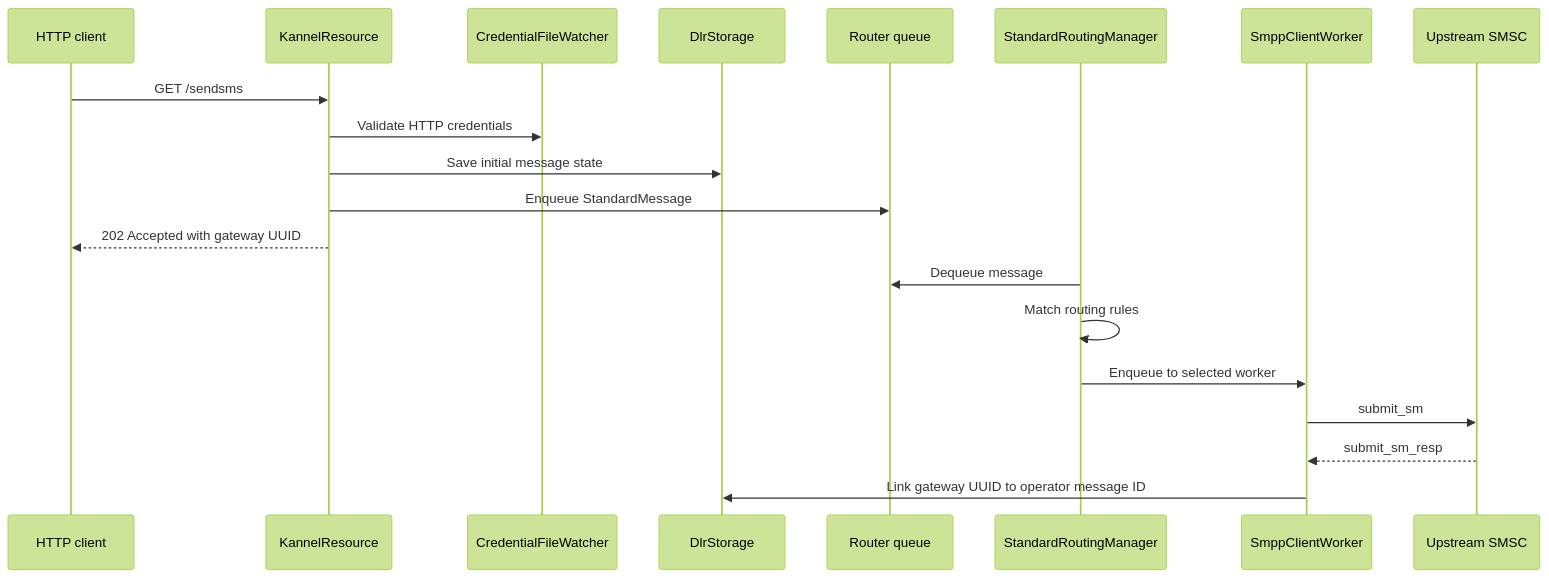
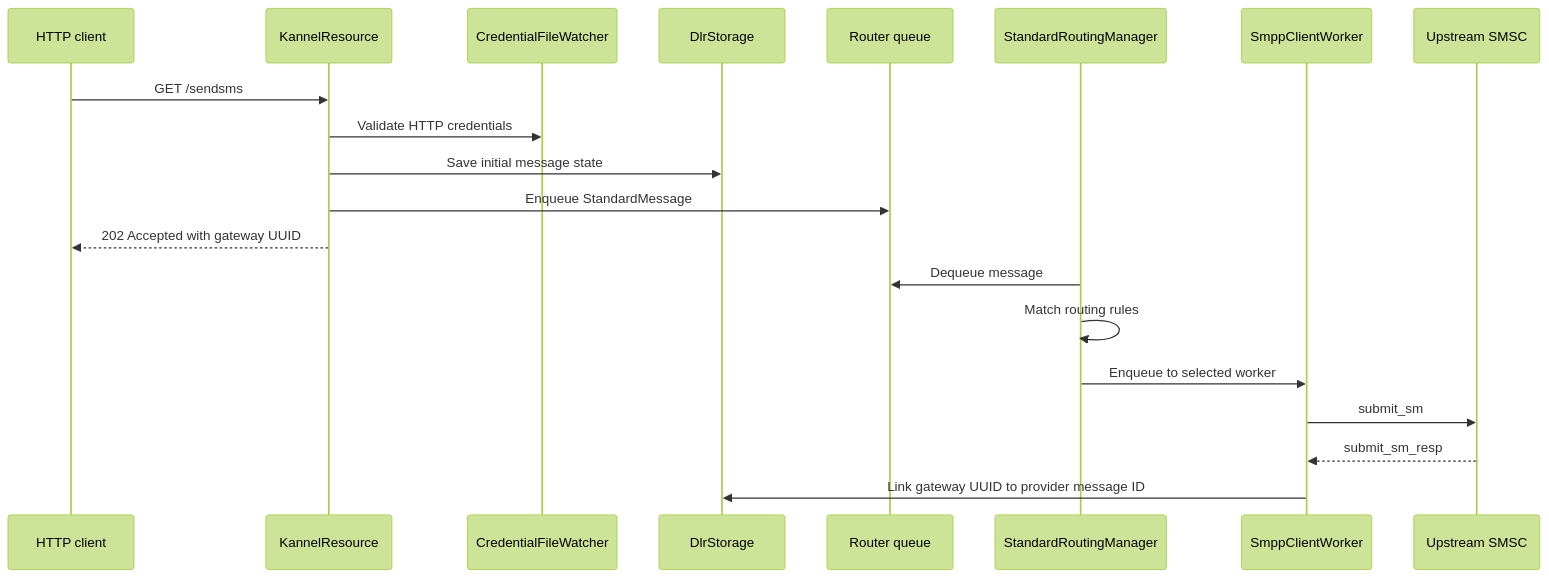
One commit to cytechmobile/sendium changed the third of 6 diagrams in docs/01-architecture.md. Above: the diagram before and after it, drawn with Mermaid (forest theme). The commit also changed other lines of this file and 35 other files, not shown here.

````diff
--- a/docs/01-architecture.md
+++ b/docs/01-architecture.md
@@ -85,23 +85,23 @@
 ```mermaid
 sequenceDiagram
     participant Client as HTTP client
     participant API as KannelResource
     participant Creds as CredentialFileWatcher
     participant DLR as DlrStorage
     participant Queue as Router queue
     participant Router as StandardRoutingManager
     participant Worker as SmppClientWorker
     participant SMSC as Upstream SMSC
 
     Client->>API: GET /sendsms
     API->>Creds: Validate HTTP credentials
     API->>DLR: Save initial message state
     API->>Queue: Enqueue StandardMessage
     API-->>Client: 202 Accepted with gateway UUID
     Router->>Queue: Dequeue message
     Router->>Router: Match routing rules
     Router->>Worker: Enqueue to selected worker
     Worker->>SMSC: submit_sm
     SMSC-->>Worker: submit_sm_resp
-    Worker->>DLR: Link gateway UUID to operator message ID
+    Worker->>DLR: Link gateway UUID to provider message ID
 ```
````
